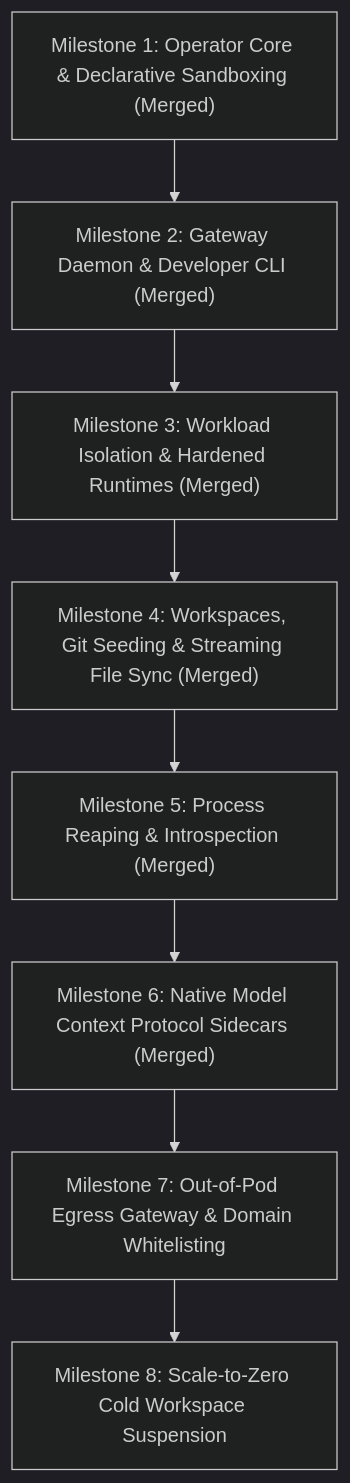
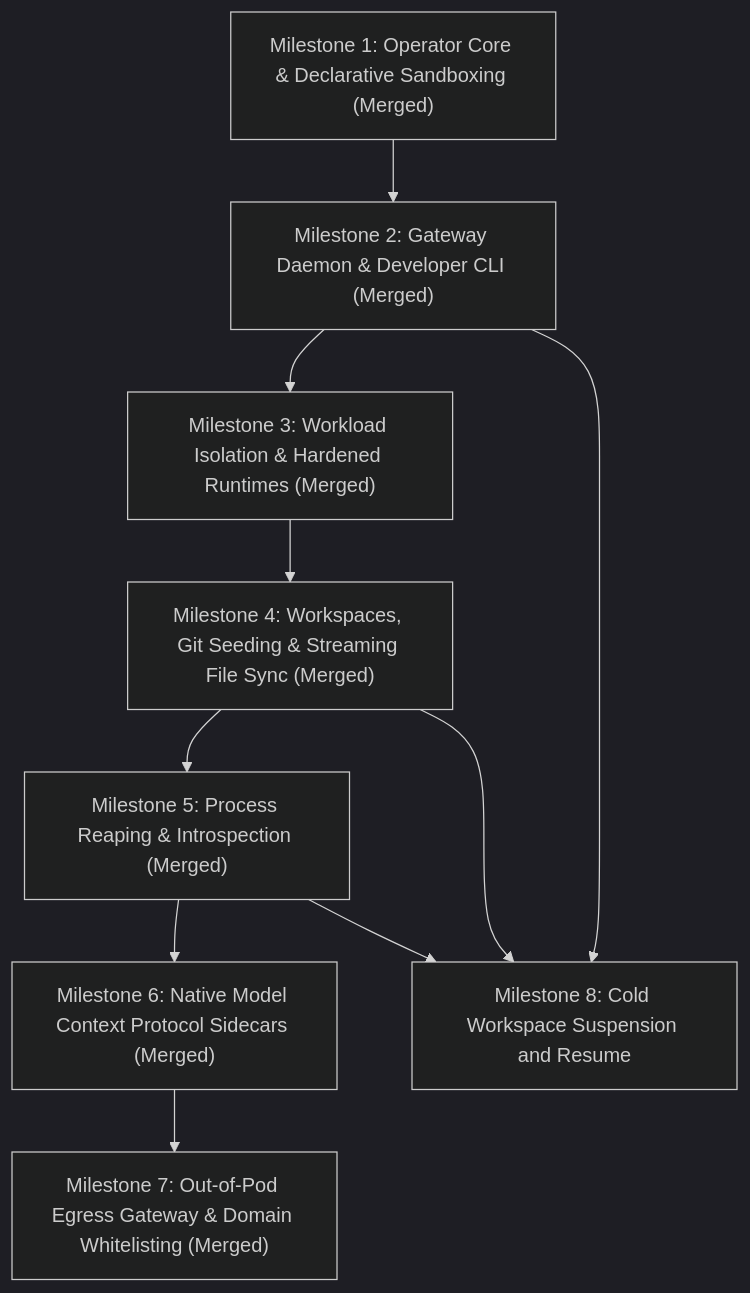
One commit to hoangndst/buddy-sandboxes changed the second of 2 diagrams in docs/roadmap.md. Above: the diagram before and after it, drawn with Mermaid (dark theme). The commit also changed other lines of this file and 23 other files, not shown here.

First line of the commit message:
feat(sandbox): support cold workspace suspension and resume (#9)

````diff
--- a/docs/roadmap.md
+++ b/docs/roadmap.md
@@ -60,10 +62,12 @@
 ```mermaid
 flowchart TD
     M1["Milestone 1: Operator Core & Declarative Sandboxing (Merged)"] --> M2["Milestone 2: Gateway Daemon & Developer CLI (Merged)"]
     M2 --> M3["Milestone 3: Workload Isolation & Hardened Runtimes (Merged)"]
     M3 --> M4["Milestone 4: Workspaces, Git Seeding & Streaming File Sync (Merged)"]
     M4 --> M5["Milestone 5: Process Reaping & Introspection (Merged)"]
     M5 --> M6["Milestone 6: Native Model Context Protocol Sidecars (Merged)"]
-    M6 --> M7["Milestone 7: Out-of-Pod Egress Gateway & Domain Whitelisting"]
-    M7 --> M8["Milestone 8: Scale-to-Zero Cold Workspace Suspension"]
+    M6 --> M7["Milestone 7: Out-of-Pod Egress Gateway & Domain Whitelisting (Merged)"]
+    M2 --> M8["Milestone 8: Cold Workspace Suspension and Resume"]
+    M4 --> M8
+    M5 --> M8
 ```
````
